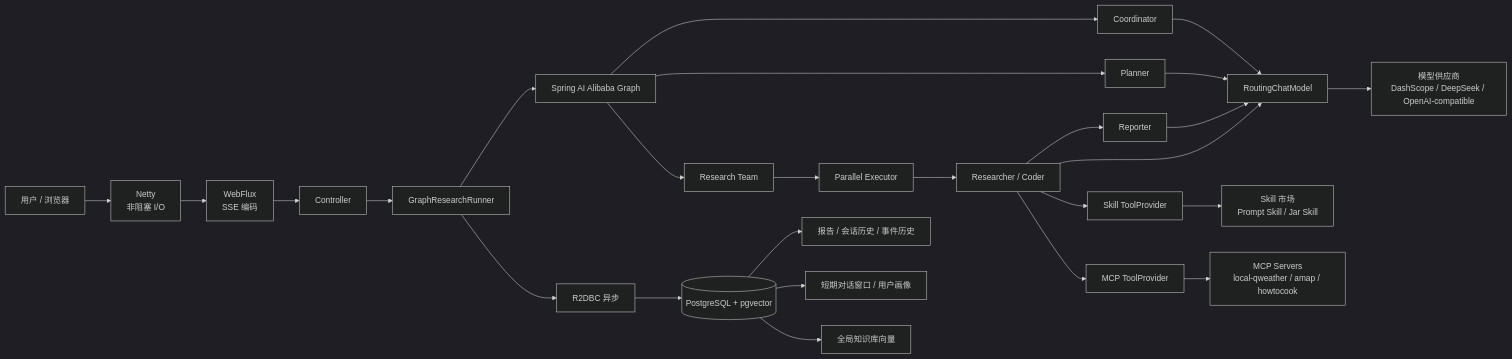
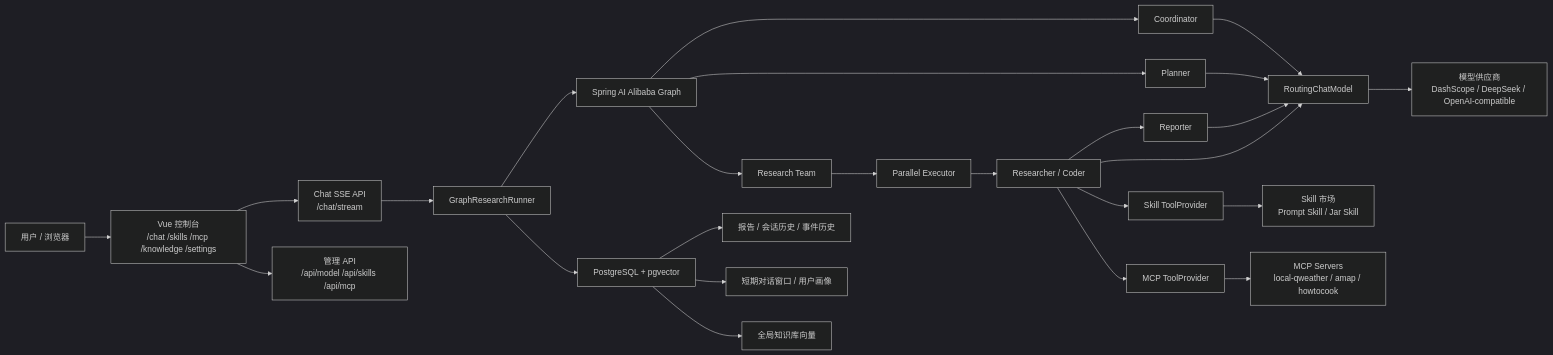
Before and after one commit to man-mu/M-agent: the second of 3 diagrams in README.md, drawn with Mermaid (dark theme).

Commit message:
fix: 恢复整体架构图原始内容，仅保留新增的请求接收层

````diff
--- a/README.md
+++ b/README.md
@@ -60,32 +60,31 @@
 ```mermaid
 flowchart LR
-  User["用户 / 浏览器"] --> Netty["Netty<br/>非阻塞 I/O"]
-  Netty --> WebFlux["WebFlux<br/>SSE 编码"]
-  WebFlux --> Controller["Controller"]
-  Controller --> Runner["GraphResearchRunner"]
+  User["用户 / 浏览器"] --> UI["Vue 控制台<br/>/chat /skills /mcp /knowledge /settings"]
+  UI --> ChatApi["Chat SSE API<br/>/chat/stream"]
+  UI --> AdminApi["管理 API<br/>/api/model /api/skills /api/mcp"]
 
+  ChatApi --> Runner["GraphResearchRunner"]
   Runner --> Graph["Spring AI Alibaba Graph"]
   Graph --> Coordinator["Coordinator"]
   Graph --> Planner["Planner"]
   Graph --> Team["Research Team"]
   Team --> Executor["Parallel Executor"]
   Executor --> Researcher["Researcher / Coder"]
   Researcher --> Reporter["Reporter"]
 
   Coordinator --> ModelRouter["RoutingChatModel"]
   Planner --> ModelRouter
   Researcher --> ModelRouter
   Reporter --> ModelRouter
   ModelRouter --> Providers["模型供应商<br/>DashScope / DeepSeek / OpenAI-compatible"]
 
   Researcher --> SkillTools["Skill ToolProvider"]
   SkillTools --> SkillMarket["Skill 市场<br/>Prompt Skill / Jar Skill"]
   Researcher --> McpTools["MCP ToolProvider"]
   McpTools --> McpServers["MCP Servers<br/>local-qweather / amap / howtocook"]
 
-  Runner --> R2DBC["R2DBC 异步"]
-  R2DBC --> Pg[("PostgreSQL + pgvector")]
+  Runner --> Pg["PostgreSQL + pgvector"]
   Pg --> Reports["报告 / 会话历史 / 事件历史"]
   Pg --> Memory["短期对话窗口 / 用户画像"]
   Pg --> RagDocs["全局知识库向量"]
 ```
````
